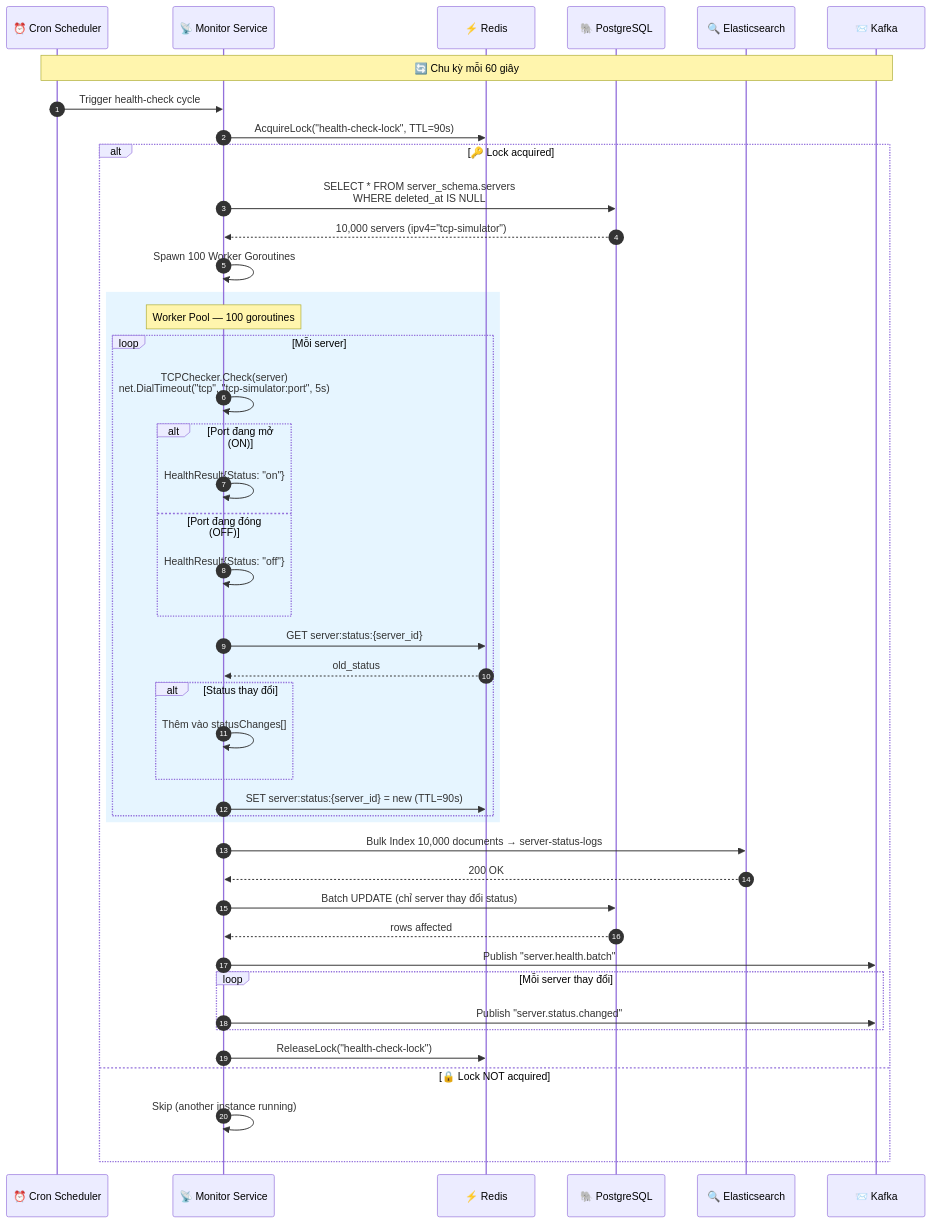
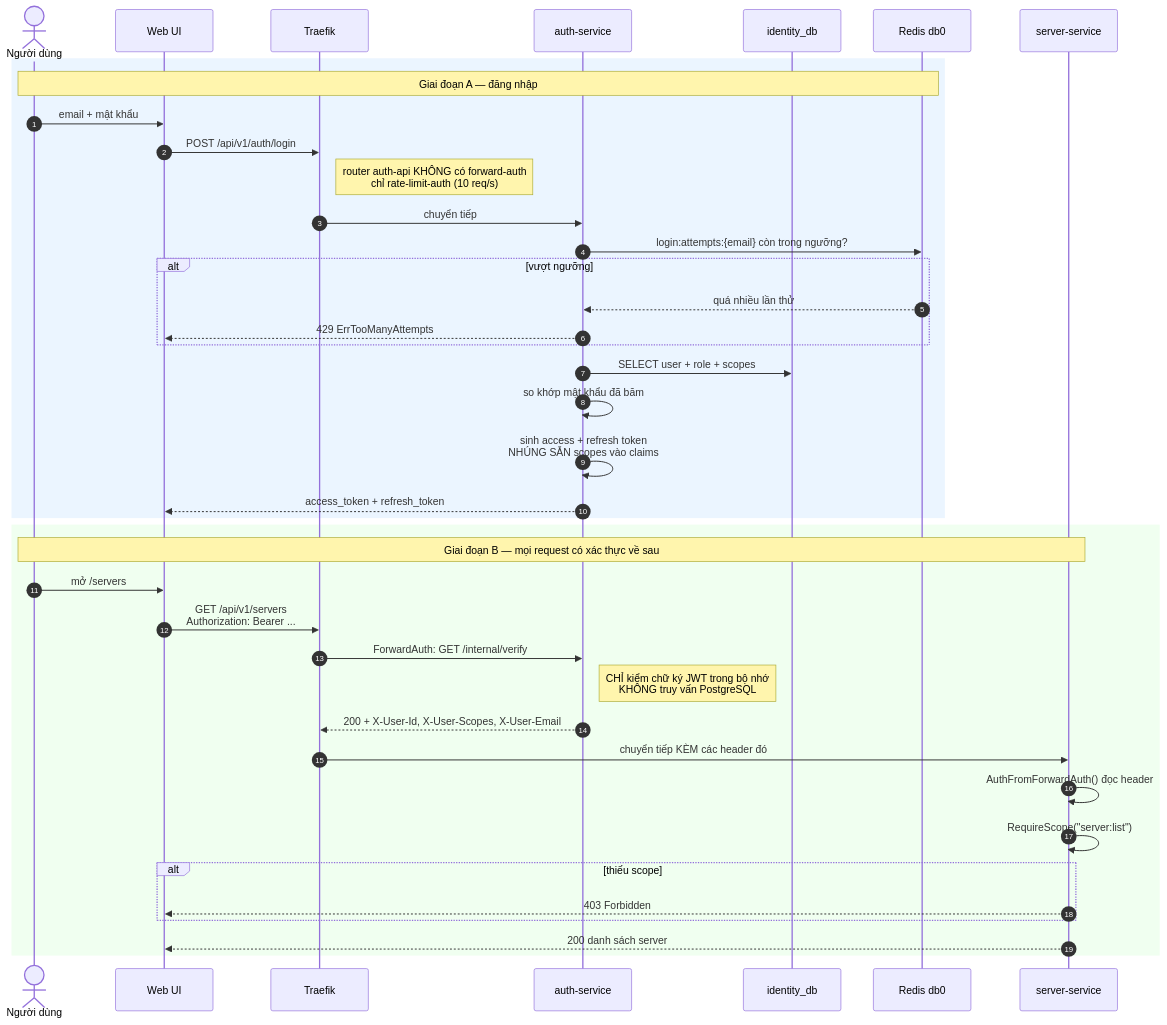
Before and after one commit to dwchwang/sms_microservice: the first of 9 diagrams in .claude/diagrams/sequence-diagrams.md, drawn with Mermaid. The commit also changed other lines of this file and 21 other files, not shown here.

````diff
--- a/.claude/diagrams/sequence-diagrams.md
+++ b/.claude/diagrams/sequence-diagrams.md
@@ -10,60 +20,44 @@
 ```mermaid
 sequenceDiagram
     autonumber
-    participant Cron as ⏰ Cron Scheduler
-    participant Monitor as 📡 Monitor Service
-    participant Redis as ⚡ Redis
-    participant PG as 🐘 PostgreSQL
-    participant ES as 🔍 Elasticsearch
-    participant Kafka as 📨 Kafka
+    actor U as Người dùng
+    participant W as Web UI
+    participant T as Traefik
+    participant A as auth-service
+    participant PG as identity_db
+    participant R as Redis db0
+    participant S as server-service
 
-    Note over Cron,Kafka: 🔄 Chu kỳ mỗi 60 giây
+    rect rgb(235, 245, 255)
+    note over U, R: Giai đoạn A — đăng nhập
+    U->>W: email + mật khẩu
+    W->>T: POST /api/v1/auth/login
+    note right of T: router auth-api KHÔNG có forward-auth<br/>chỉ rate-limit-auth (10 req/s)
+    T->>A: chuyển tiếp
+    A->>R: login:attempts:{email} còn trong ngưỡng?
+    alt vượt ngưỡng
+        R-->>A: quá nhiều lần thử
+        A-->>W: 429 ErrTooManyAttempts
+    end
+    A->>PG: SELECT user + role + scopes
+    A->>A: so khớp mật khẩu đã băm
+    A->>A: sinh access + refresh token<br/>NHÚNG SẴN scopes vào claims
+    A-->>W: access_token + refresh_token
+    end
 
-    Cron->>Monitor: Trigger health-check cycle
-    Monitor->>Redis: AcquireLock("health-check-lock", TTL=90s)
-
-    alt 🔑 Lock acquired
-        Monitor->>PG: SELECT * FROM server_schema.servers<br/>WHERE deleted_at IS NULL
-        PG-->>Monitor: 10,000 servers (ipv4="tcp-simulator")
-
-        Monitor->>Monitor: Spawn 100 Worker Goroutines
-
-        rect rgb(230, 245, 255)
-            Note over Monitor: Worker Pool — 100 goroutines
-            loop Mỗi server
-                Monitor->>Monitor: TCPChecker.Check(server)<br/>net.DialTimeout("tcp", "tcp-simulator:port", 5s)
-
-                alt Port đang mở (ON)
-                    Monitor->>Monitor: HealthResult{Status: "on"}
-                else Port đang đóng (OFF)
-                    Monitor->>Monitor: HealthResult{Status: "off"}
-                end
-
-                Monitor->>Redis: GET server:status:{server_id}
-                Redis-->>Monitor: old_status
-
-                alt Status thay đổi
-                    Monitor->>Monitor: Thêm vào statusChanges[]
-                end
-
-                Monitor->>Redis: SET server:status:{server_id} = new (TTL=90s)
-            end
-        end
-
-        Monitor->>ES: Bulk Index 10,000 documents → server-status-logs
-        ES-->>Monitor: 200 OK
-
-        Monitor->>PG: Batch UPDATE (chỉ server thay đổi status)
-        PG-->>Monitor: rows affected
-
-        Monitor->>Kafka: Publish "server.health.batch"
-        loop Mỗi server thay đổi
-            Monitor->>Kafka: Publish "server.status.changed"
-        end
-
-        Monitor->>Redis: ReleaseLock("health-check-lock")
-
-    else 🔒 Lock NOT acquired
-        Monitor->>Monitor: Skip (another instance running)
+    rect rgb(240, 255, 240)
+    note over U, S: Giai đoạn B — mọi request có xác thực về sau
+    U->>W: mở /servers
+    W->>T: GET /api/v1/servers<br/>Authorization: Bearer ...
+    T->>A: ForwardAuth: GET /internal/verify
+    note right of A: CHỈ kiểm chữ ký JWT trong bộ nhớ<br/>KHÔNG truy vấn PostgreSQL
+    A-->>T: 200 + X-User-Id, X-User-Scopes, X-User-Email
+    T->>S: chuyển tiếp KÈM các header đó
+    S->>S: AuthFromForwardAuth() đọc header
+    S->>S: RequireScope("server:list")
+    alt thiếu scope
+        S-->>W: 403 Forbidden
+    end
+    S-->>W: 200 danh sách server
     end
 ```
````
